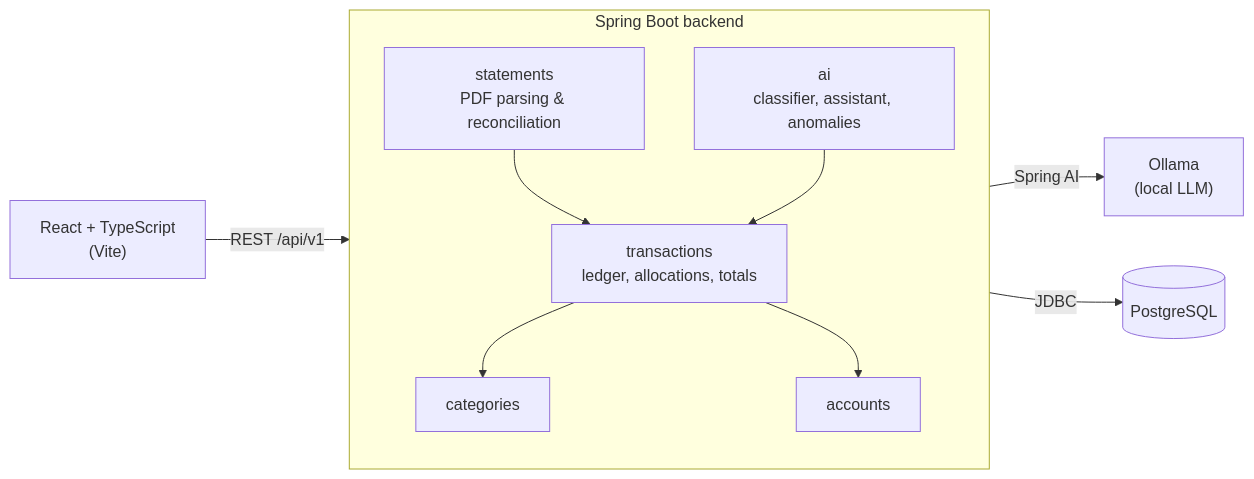
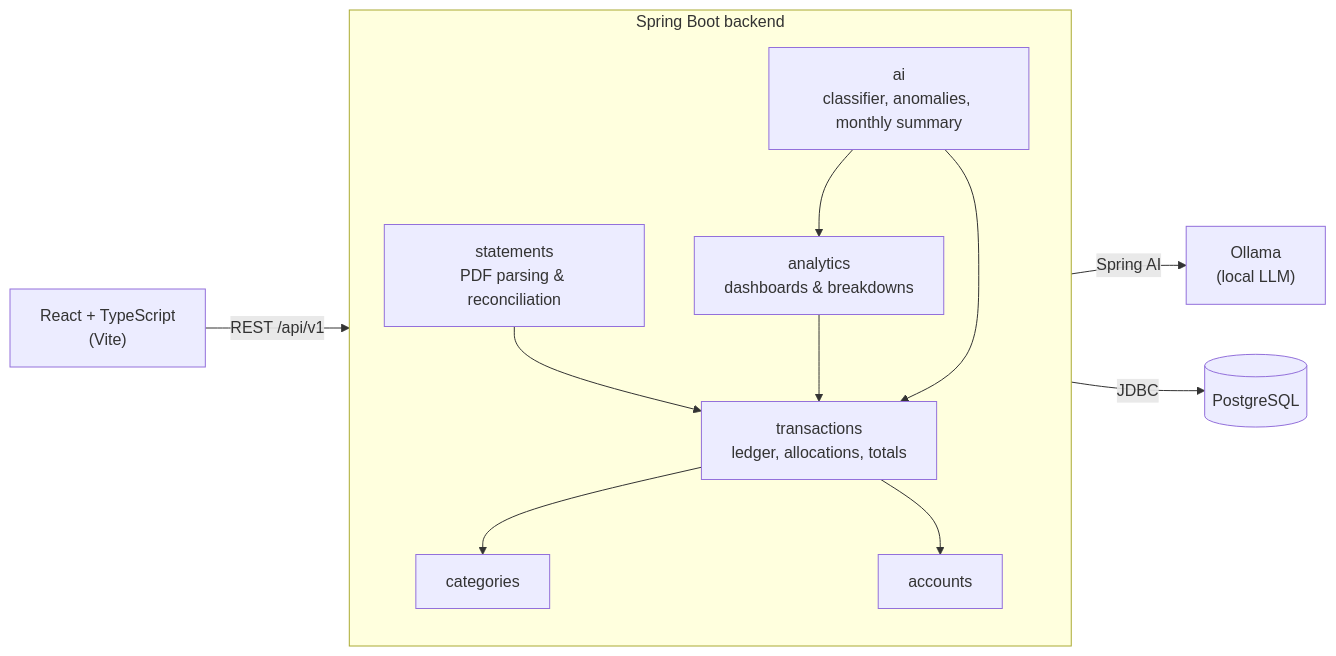
Before and after one commit to shivanshsarbhai/lekha: the first of 2 diagrams in README.md, drawn with Mermaid. The commit also changed other lines of this file, not shown here.

````diff
--- a/README.md
+++ b/README.md
@@ -84,20 +90,23 @@
 ```mermaid
 flowchart LR
     UI["React + TypeScript<br/>(Vite)"] -- "REST /api/v1" --> API
 
     subgraph API["Spring Boot backend"]
         direction TB
         ST[statements<br/>PDF parsing & reconciliation]
         TX[transactions<br/>ledger, allocations, totals]
         CA[categories]
         AC[accounts]
-        AI[ai<br/>classifier, assistant, anomalies]
+        AN[analytics<br/>dashboards & breakdowns]
+        AI[ai<br/>classifier, anomalies, monthly summary]
         ST --> TX
         TX --> CA
         TX --> AC
+        AN --> TX
         AI --> TX
+        AI --> AN
     end
 
     API -- "JDBC" --> PG[(PostgreSQL)]
     AI -- "Spring AI" --> OL["Ollama<br/>(local LLM)"]
 ```
````
